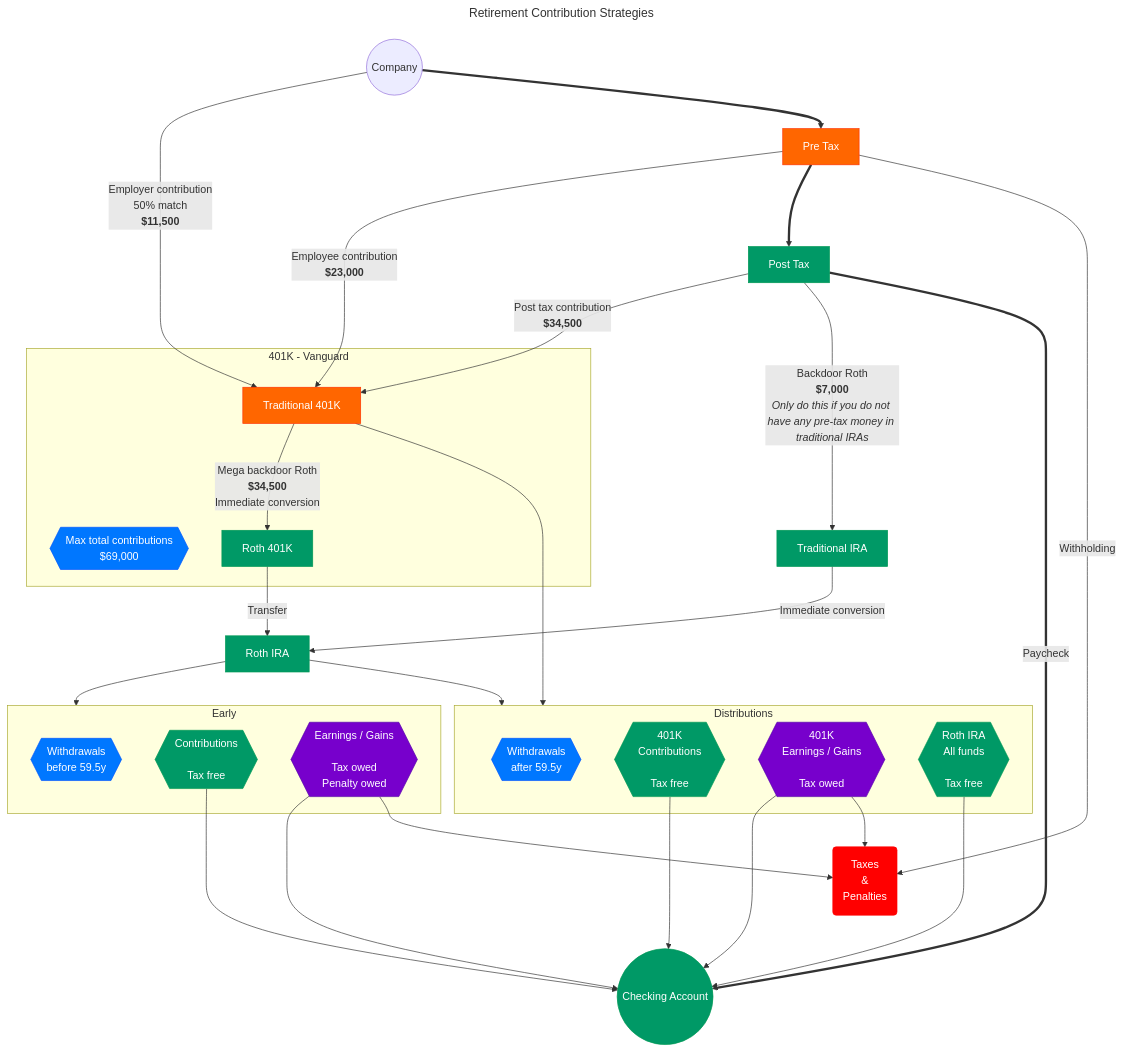
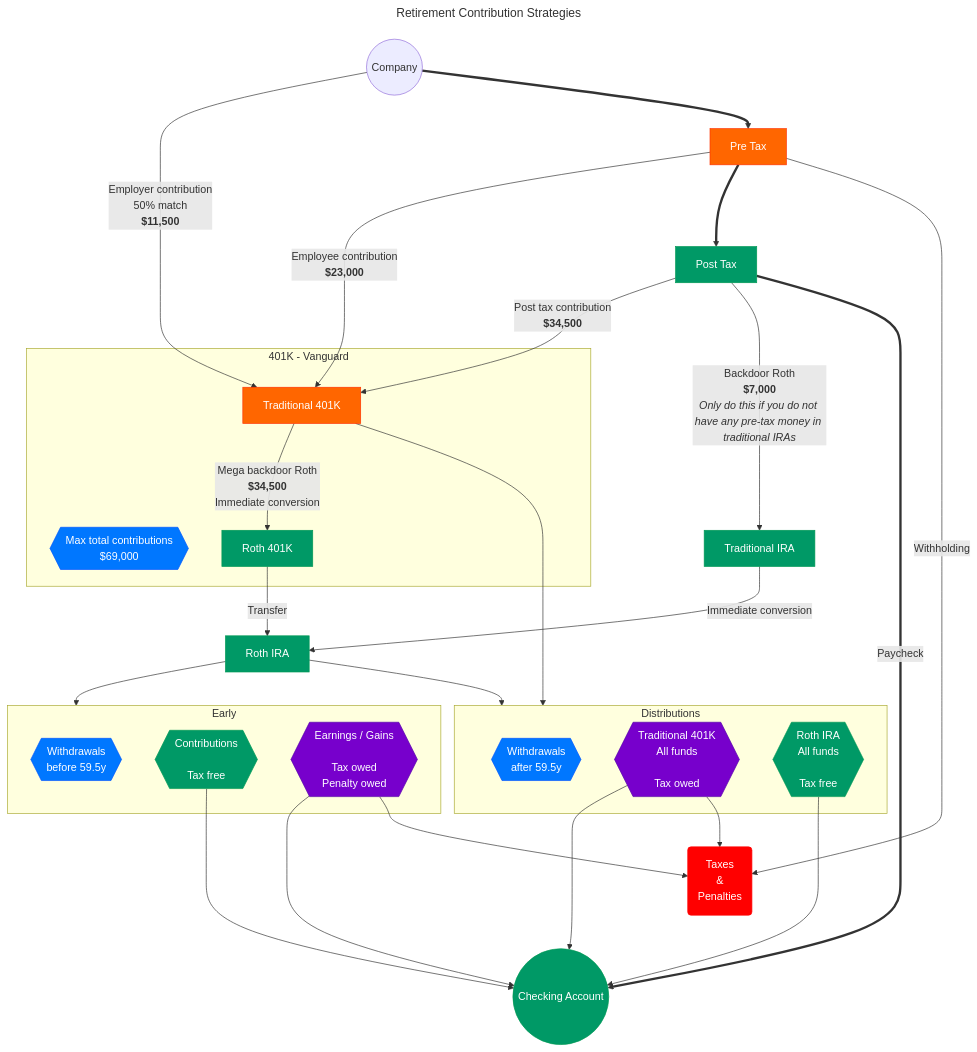
One commit to kramercat/finance changed the diagram in retirement.md. Above: the diagram before and after it, drawn with Mermaid.

````diff
--- a/retirement.md
+++ b/retirement.md
@@ -40,69 +40,68 @@
 ```mermaid
 ---
 title: Retirement Contribution Strategies
 ---
 flowchart TD
 
 %% Definitions
 Company((Company))
 
 pretax[Pre Tax]:::orange
 posttax[Post Tax]:::green
 checking((Checking Account)):::green
 taxes(Taxes<br/>&<br/>Penalties<br/>):::red
 ira-trad[Traditional IRA]:::green
 ira-roth[Roth IRA]:::green
 
 subgraph 401K - Vanguard
   401k-info{{Max total contributions<br/>$69,000}}:::blue
   401k-trad[Traditional 401K]:::orange
   401k-roth[Roth 401K]:::green
 end
 
 %% Arrows / Flows
 Company --Employer contribution<br/>50% match<br/><b>$11,500</b>--> 401k-trad
 Company ==> pretax
 pretax --Employee contribution<br/><b>$23,000</b>--> 401k-trad
 pretax ==> posttax
 
 posttax --Post tax contribution<br/><b>$34,500</b><br/>--> 401k-trad
 401k-trad --Mega backdoor Roth<br/><b>$34,500</b><br/>Immediate conversion-->401k-roth
 
 401k-roth --Transfer--> ira-roth
 posttax --Backdoor Roth<br/><b>$7,000</b><br/><i>Only do this if you do not have any pre-tax money in traditional IRAs</i>--> ira-trad 
 ira-trad --Immediate conversion--> ira-roth
 
 subgraph Early
    age-early{{Withdrawals<br/>before 59.5y}}:::blue
    withdraw-early-contributions{{Contributions<br/><br/>Tax free}}:::green
    withdraw-early-earnings{{Earnings / Gains<br/><br/>Tax owed<br/>Penalty owed}}:::purple
 end
 
 subgraph Distributions
    age-retired{{Withdrawals<br/>after 59.5y}}:::blue
-   withdraw-401k-contributions{{401K<br/>Contributions<br/><br/>Tax free}}:::green
-   withdraw-401k-earnings{{401K<br/>Earnings / Gains<br/><br/>Tax owed}}:::purple
+   withdraw-401k{{Traditional 401K<br/>All funds<br/><br/>Tax owed}}:::purple
    withdraw-roth{{Roth IRA<br/>All funds<br/><br/>Tax free}}:::green
 end
 
 ira-roth --> Early
 withdraw-early-contributions ---> checking
 withdraw-early-earnings --> checking & taxes
 
 401k-trad --> Distributions
-withdraw-401k-contributions & withdraw-401k-earnings --> checking
-withdraw-401k-earnings --> taxes
+withdraw-401k --> checking
+withdraw-401k --> taxes
 ira-roth --> Distributions
 withdraw-roth --> checking
 
 posttax ==Paycheck==> checking
 pretax --Withholding--> taxes
 
 %% Styling
 
 classDef purple fill:#7700cc,stroke:#5500aa,color:#ffffff
 classDef red fill:#ff0000,stroke:#ff0000,color:#ffffff
 classDef orange fill:#ff6600,stroke:#ff3300,color:#ffffff
 classDef green fill:#009966,stroke:#009955,color:#ffffff
 classDef blue fill:#0077ff,stroke:#0055ff,color:#ffffff
 ```
````
